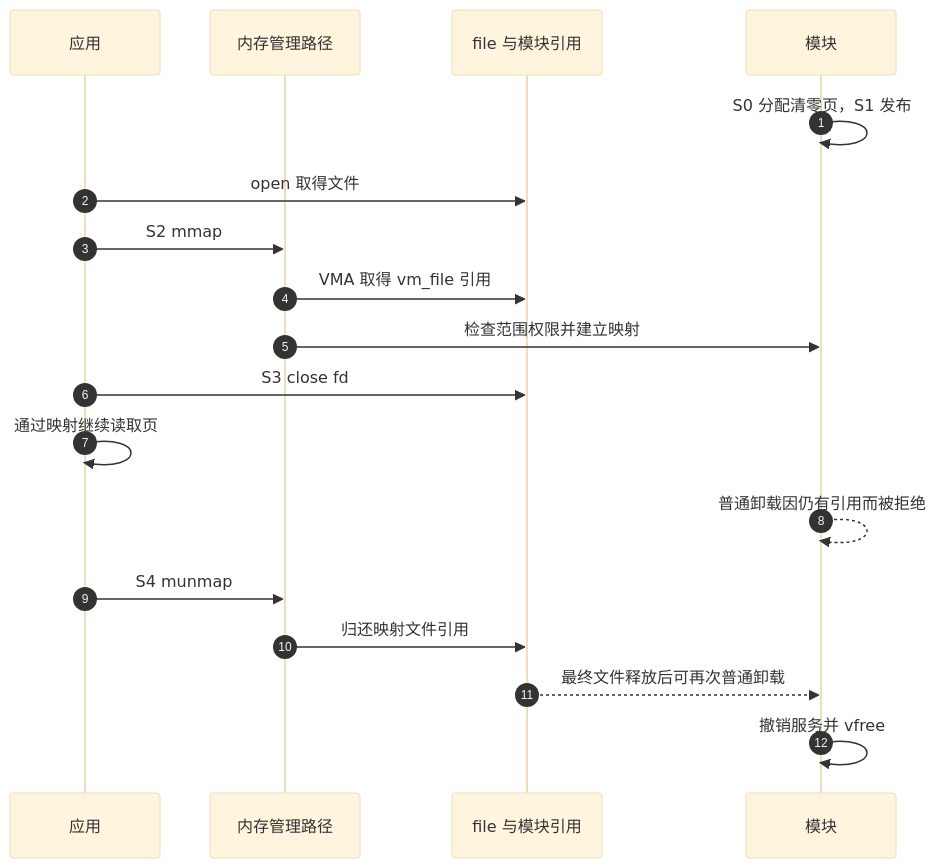
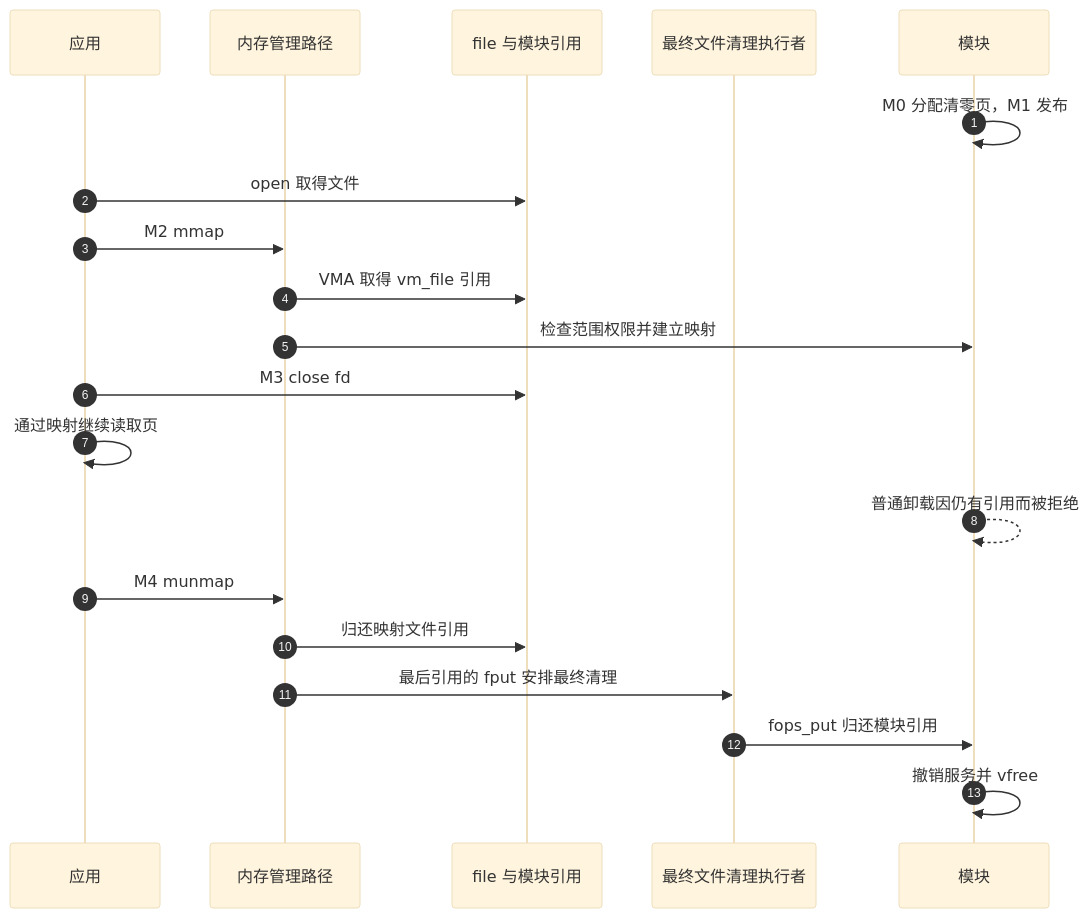
The second of 2 diagrams in knowledge/driver_model/file_operations/P03_只读映射与后备页寿命.md (FormingSystem/linux_note), drawn with Mermaid (base theme) before and after one commit. The commit also changed other lines of this file and 5 other files, not shown here.

````diff
--- a/knowledge/driver_model/file_operations/P03_只读映射与后备页寿命.md
+++ b/knowledge/driver_model/file_operations/P03_只读映射与后备页寿命.md
@@ -127,20 +127,22 @@
 ```mermaid
 sequenceDiagram
     autonumber
     participant app as 应用
     participant mm as 内存管理路径
     participant file as file 与模块引用
+    participant cleanup as 最终文件清理执行者
     participant drv as 模块
-    drv->>drv: S0 分配清零页，S1 发布
+    drv->>drv: M0 分配清零页，M1 发布
     app->>file: open 取得文件
-    app->>mm: S2 mmap
+    app->>mm: M2 mmap
     mm->>file: VMA 取得 vm_file 引用
     mm->>drv: 检查范围权限并建立映射
-    app->>file: S3 close fd
+    app->>file: M3 close fd
     app->>app: 通过映射继续读取页
     drv-->>drv: 普通卸载因仍有引用而被拒绝
-    app->>mm: S4 munmap
+    app->>mm: M4 munmap
     mm->>file: 归还映射文件引用
-    file-->>drv: 最终文件释放后可再次普通卸载
+    mm->>cleanup: 最后引用的 fput 安排最终清理
+    cleanup->>drv: fops_put 归还模块引用
     drv->>drv: 撤销服务并 vfree
 ```
````
